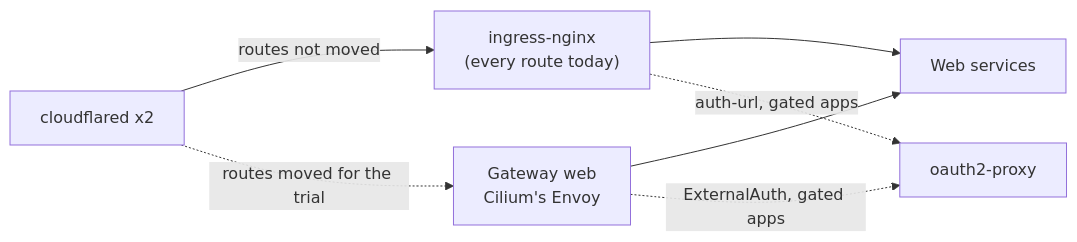
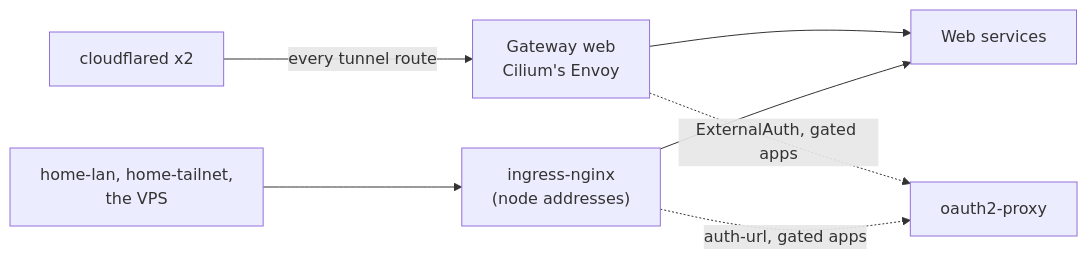
The third of 5 diagrams in docs/explanations/architecture/networking.md (gilesknap/tpi-k3s-ansible), drawn with Mermaid before and after one commit. The commit also changed other lines of this file and 19 other files, not shown here.

First line of the commit message:
Point every Cloudflare tunnel route at Cilium's Gateway

````diff
--- a/docs/explanations/architecture/networking.md
+++ b/docs/explanations/architecture/networking.md
@@ -198,13 +203,14 @@
 ```mermaid
 flowchart LR
     cfd["cloudflared x2"]
-    nginx["ingress-nginx<br/>(every route today)"]
+    lan["home-lan, home-tailnet,<br/>the VPS"]
+    nginx["ingress-nginx<br/>(node addresses)"]
     gw["Gateway web<br/>Cilium's Envoy"]
     oap["oauth2-proxy"]
     apps["Web services"]
 
-    cfd -->|"routes not moved"| nginx --> apps
-    cfd -. "routes moved for the trial" .-> gw --> apps
+    cfd -->|"every tunnel route"| gw --> apps
+    lan --> nginx --> apps
     gw -. "ExternalAuth, gated apps" .-> oap
     nginx -. "auth-url, gated apps" .-> oap
 ```
````
